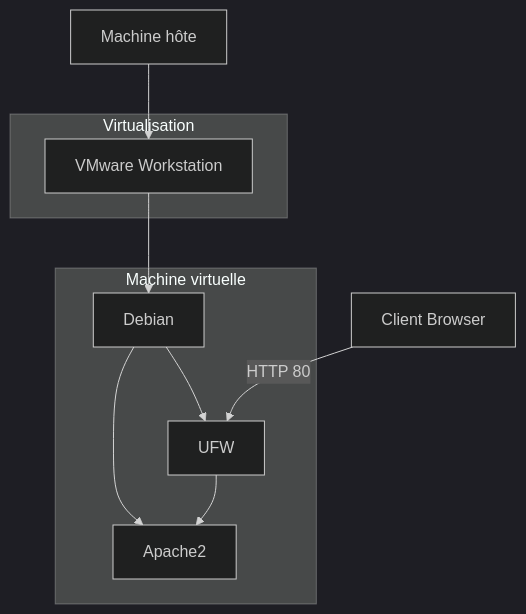
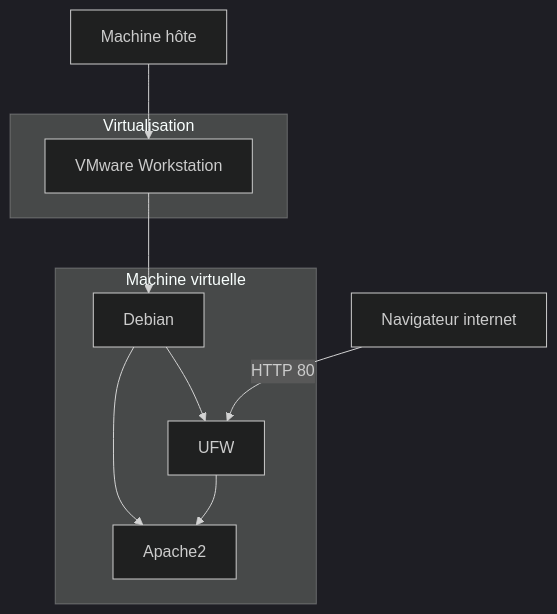
The diagram in README.md (GaryBatista/lab01-infra.reseau), drawn with Mermaid (dark theme) before and after one commit. The commit also changed 1 other file, not shown here.

Commit message:
Corriger typo

````diff
--- a/README.md
+++ b/README.md
@@ -26,23 +26,23 @@
 ```mermaid
 flowchart TD
 
 A[Machine hôte]
 
 subgraph Virtualisation
 B[VMware Workstation]
 end
 
 subgraph Machine virtuelle
 C[Debian]
 D[Apache2]
 E[UFW]
 end
 
 A --> B
 B --> C
 C --> D
 C --> E
 E --> D
 
-F[Client Browser] -->|HTTP 80| E
+F[Navigateur internet] -->|HTTP 80| E
 ```
````
